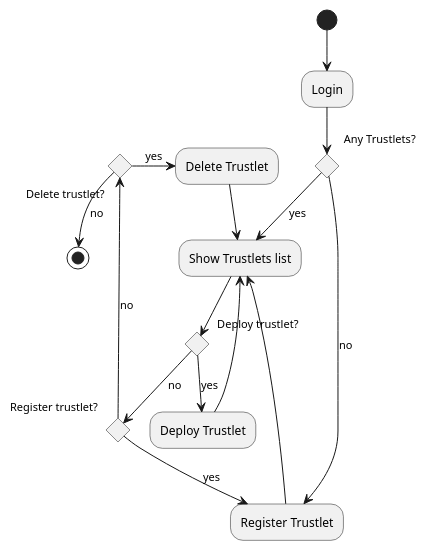
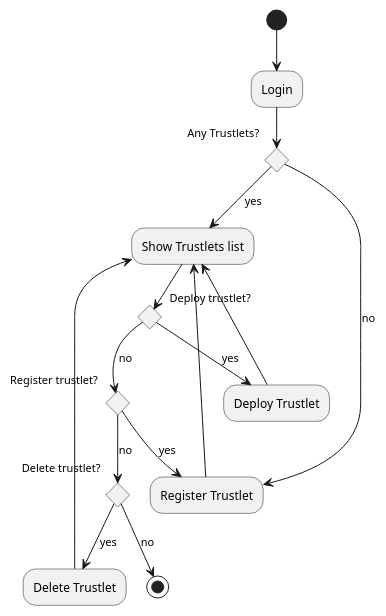
One commit to xemuliam/misc changed the diagram in Example1.pu. Above: the diagram before and after it, drawn with PlantUML.

```diff
--- a/Example1.pu
+++ b/Example1.pu
@@ -1,28 +1,28 @@
 @startuml
 
 (*) --> "Login"
 
 if "Any Trustlets?" then
   -->[yes] "Show Trustlets list"
   if "Deploy trustlet?" then
     -->[yes] "Deploy Trustlet"
   else
     -->[no] if "Register trustlet?" then
       -->[yes] "Register Trustlet"
     else
       -->[no] if "Delete trustlet?" then
-        ->[yes] "Delete Trustlet"
+        -->[yes] "Delete Trustlet"
       else
         -->[no] (*)
       endif
     endif
   endif
 else
   -->[no] "Register Trustlet"
 endif
 
 "Register Trustlet" --> "Show Trustlets list"
 "Deploy Trustlet" --> "Show Trustlets list"
 "Delete Trustlet" --> "Show Trustlets list"
 
 @enduml
```
